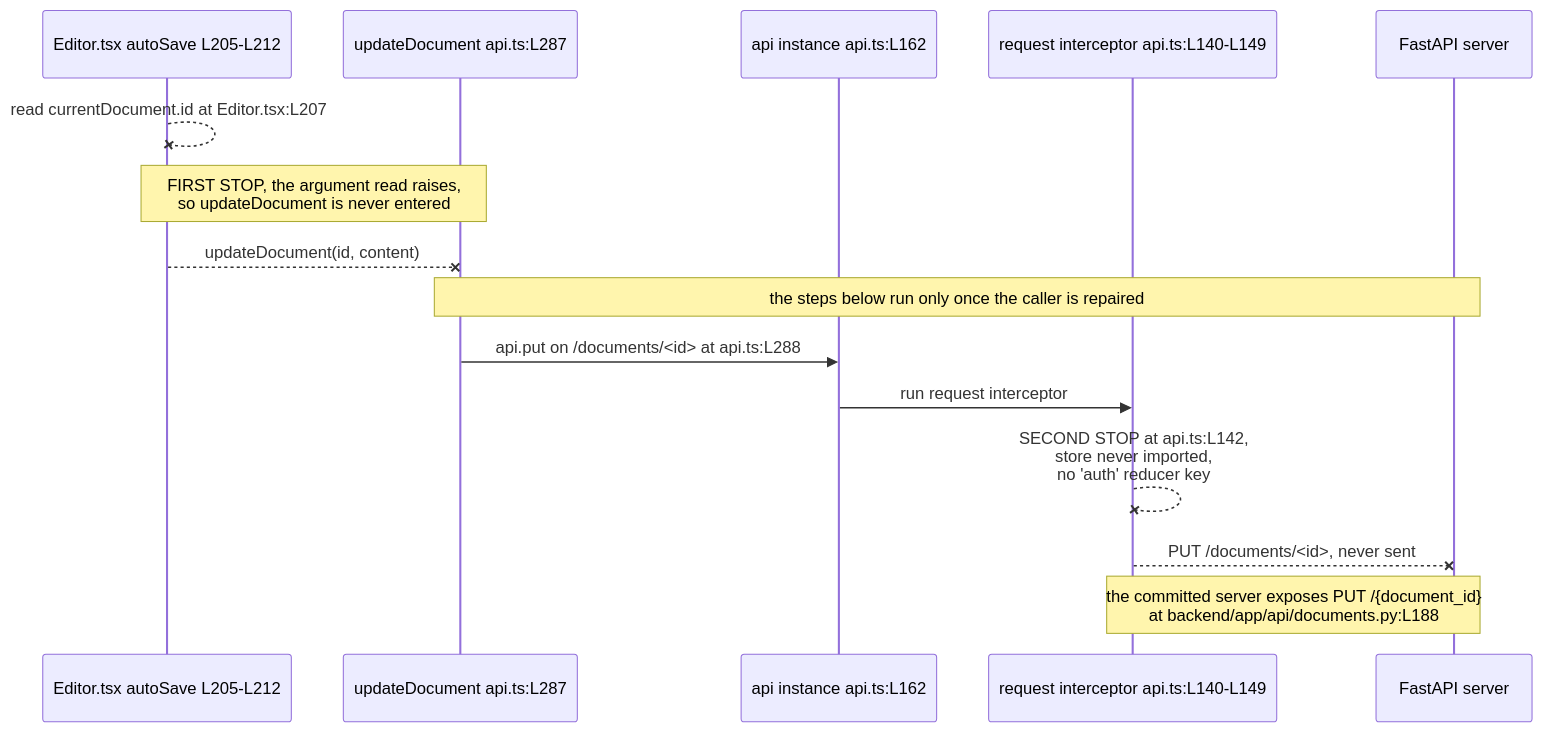
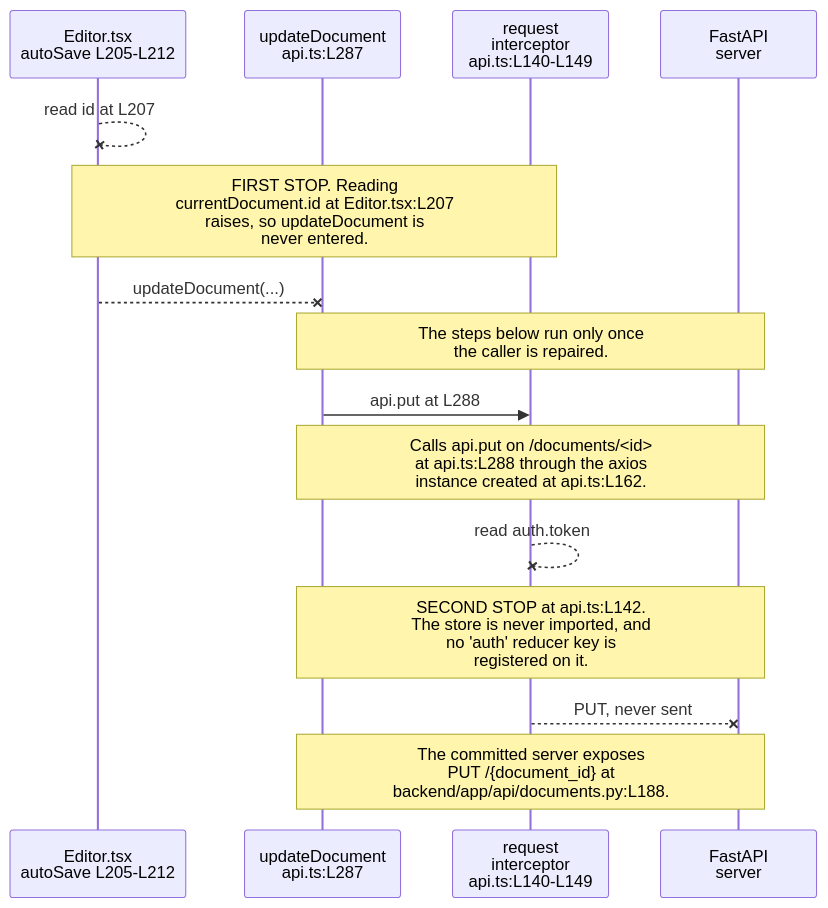
Before and after one commit to blitzy-public-samples/microsoft-word-u33ko0: the diagram in frontend/src/services/README.md, drawn with Mermaid. The commit also changed 20 other files, not shown here.

First line of the commit message:
﻿docs: resolve QA findings on Mermaid legibility, label integrity and accessibility

````diff
--- a/frontend/src/services/README.md
+++ b/frontend/src/services/README.md
@@ -77,19 +77,20 @@
 ```mermaid
 sequenceDiagram
-    participant Page as Editor.tsx autoSave L205-L212
-    participant Fn as updateDocument api.ts:L287
-    participant Api as api instance api.ts:L162
-    participant Int as request interceptor api.ts:L140-L149
-    participant Srv as FastAPI server
+    accTitle: A REST call from the editor page through the bearer interceptor
+    accDescr: The call stops twice. The argument read raises before updateDocument is entered, and the request interceptor raises because the store is never imported and no auth reducer key exists. The path below the first stop describes intended shape only.
+    participant Page as Editor.tsx<br/>autoSave L205-L212
+    participant Fn as updateDocument<br/>api.ts:L287
+    participant Int as request<br/>interceptor<br/>api.ts:L140-L149
+    participant Srv as FastAPI<br/>server
 
-    Page--xPage: read currentDocument.id at Editor.tsx:L207
-    Note over Page,Fn: FIRST STOP, the argument read raises,<br/>so updateDocument is never entered
-    Page--xFn: updateDocument(id, content)
-
-    Note over Fn,Srv: the steps below run only once the caller is repaired
-    Fn->>Api: api.put on /documents/<id> at api.ts:L288
-    Api->>Int: run request interceptor
-    Int--xInt: SECOND STOP at api.ts:L142,<br/>store never imported,<br/>no 'auth' reducer key
-    Int--xSrv: PUT /documents/<id>, never sent
-    Note over Int,Srv: the committed server exposes PUT /{document_id}<br/>at backend/app/api/documents.py:L188
+    Page--xPage: read id at L207
+    Note over Page,Int: FIRST STOP. Reading<br/>currentDocument.id at Editor.tsx:L207<br/>raises, so updateDocument is<br/>never entered.
+    Page--xFn: updateDocument(...)
+    Note over Fn,Srv: The steps below run only once<br/>the caller is repaired.
+    Fn->>Int: api.put at L288
+    Note over Fn,Srv: Calls api.put on /documents/<id><br/>at api.ts:L288 through the axios<br/>instance created at api.ts:L162.
+    Int--xInt: read auth.token
+    Note over Fn,Srv: SECOND STOP at api.ts:L142.<br/>The store is never imported, and<br/>no 'auth' reducer key is<br/>registered on it.
+    Int--xSrv: PUT, never sent
+    Note over Fn,Srv: The committed server exposes<br/>PUT /{document_id} at<br/>backend/app/api/documents.py:L188.
 ```
````
